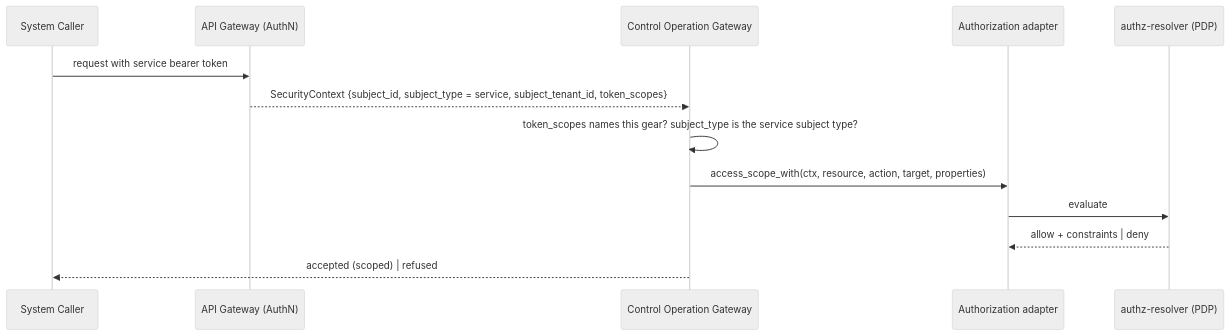
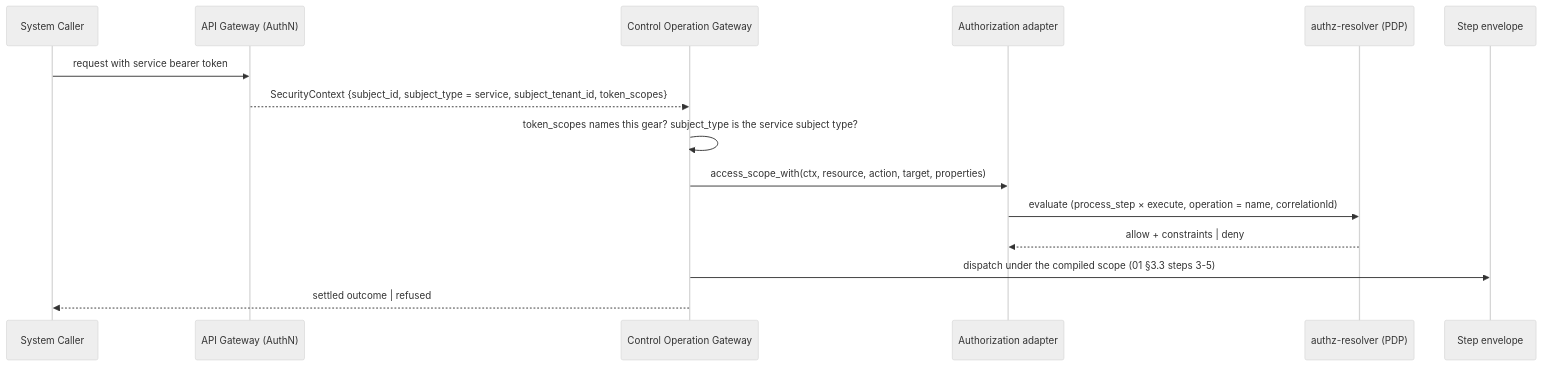
One commit to constructorfabric/gears-rust changed the third of 5 diagrams in gears/bss/orders-workflow/docs/design/09-read-and-authz.md. Above: the diagram before and after it, drawn with Mermaid (neutral theme). The commit also changed other lines of this file, not shown here.

Commit message:
docs(bss/orders-workflow): slice 09 provides step operations and a definition fragment (none of its own: process_step × execute authorizes the 34 granted step operations for the serverless-runtime principal; start becomes the platform trigger; cancel and step retry record a request and signal)

````diff
--- a/gears/bss/orders-workflow/docs/design/09-read-and-authz.md
+++ b/gears/bss/orders-workflow/docs/design/09-read-and-authz.md
@@ -780,10 +964,11 @@
 ```mermaid
 sequenceDiagram
     System Caller ->> API Gateway (AuthN): request with service bearer token
     API Gateway (AuthN) -->> Control Operation Gateway: SecurityContext {subject_id, subject_type = service, subject_tenant_id, token_scopes}
     Control Operation Gateway ->> Control Operation Gateway: token_scopes names this gear? subject_type is the service subject type?
     Control Operation Gateway ->> Authorization adapter: access_scope_with(ctx, resource, action, target, properties)
-    Authorization adapter ->> authz-resolver (PDP): evaluate
+    Authorization adapter ->> authz-resolver (PDP): evaluate (process_step × execute, operation = name, correlationId)
     authz-resolver (PDP) -->> Authorization adapter: allow + constraints | deny
-    Control Operation Gateway -->> System Caller: accepted (scoped) | refused
+    Control Operation Gateway ->> Step envelope: dispatch under the compiled scope (01 §3.3 steps 3-5)
+    Control Operation Gateway -->> System Caller: settled outcome | refused
 ```
````
